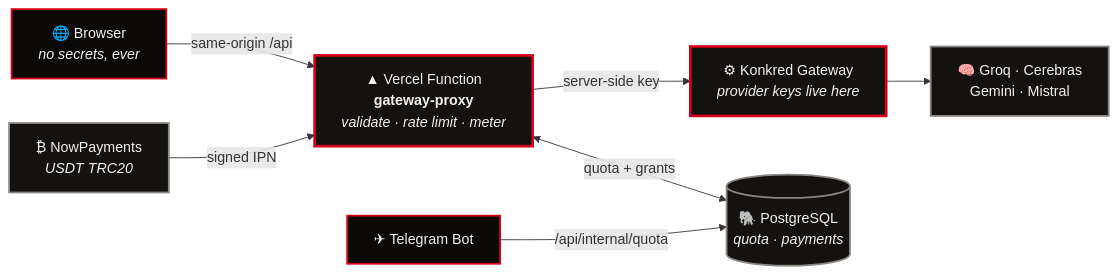
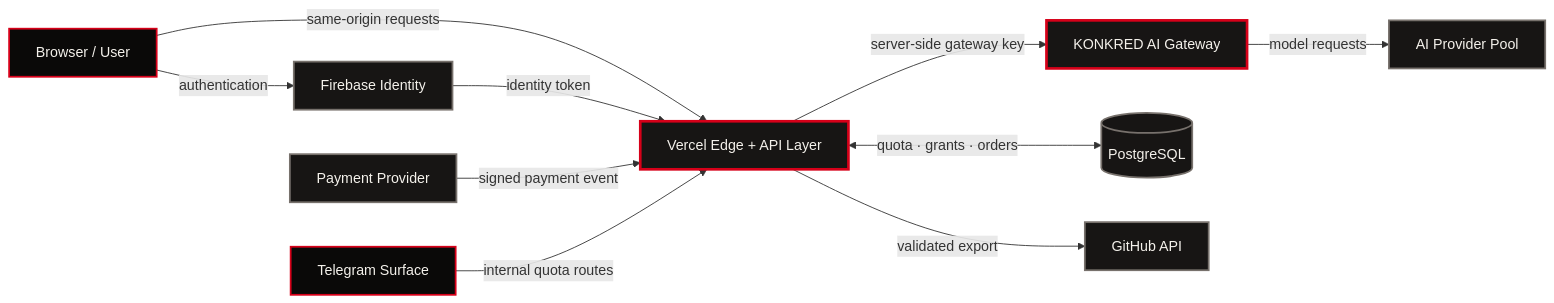
The first of 2 diagrams in README.md (reARbitRA/konkred_xyz-), drawn with Mermaid before and after one commit. The commit also changed other lines of this file, not shown here.

````diff
--- a/README.md
+++ b/README.md
@@ -116,24 +494,33 @@
 ```mermaid
 graph LR
-    B["🌐 Browser<br/><i>no secrets, ever</i>"]
-    V["▲ Vercel Function<br/><b>gateway-proxy</b><br/><i>validate · rate limit · meter</i>"]
-    G["⚙ Konkred Gateway<br/><i>provider keys live here</i>"]
-    P[("🐘 PostgreSQL<br/><i>quota · payments</i>")]
-    T["✈ Telegram Bot"]
-    N["₿ NowPayments<br/><i>USDT TRC20</i>"]
-    AI["🧠 Groq · Cerebras<br/>Gemini · Mistral"]
+    U["Browser / User"]
+    V["Vercel Edge + API Layer"]
+    G["KONKRED AI Gateway"]
+    P[("PostgreSQL")]
+    F["Firebase Identity"]
+    N["Payment Provider"]
+    T["Telegram Surface"]
+    AI["AI Provider Pool"]
+    GH["GitHub API"]
 
-    B -->|same-origin /api| V
-    V -->|server-side key| G
-    G --> AI
-    V <-->|quota + grants| P
-    T -->|"/api/internal/quota"| P
-    N -->|"signed IPN"| V
+    U -->|"same-origin requests"| V
+    U -->|"authentication"| F
+    F -->|"identity token"| V
+
+    V -->|"server-side gateway key"| G
+    G -->|"model requests"| AI
+
+    V <-->|"quota · grants · orders"| P
+    N -->|"signed payment event"| V
+
+    T -->|"internal quota routes"| V
+    V -->|"validated export"| GH
 
     classDef edge fill:#0A0908,stroke:#D60019,stroke-width:2px,color:#F4F1EB
-    classDef core fill:#141210,stroke:#D60019,stroke-width:3px,color:#F4F1EB
-    classDef data fill:#141210,stroke:#8A8580,stroke-width:2px,color:#F4F1EB
-    class B,T edge
+    classDef core fill:#171514,stroke:#D60019,stroke-width:3px,color:#F4F1EB
+    classDef data fill:#171514,stroke:#77716C,stroke-width:2px,color:#F4F1EB
+
+    class U,T edge
     class V,G core
-    class P,N,AI data
+    class P,F,N,AI,GH data
 ```
````
